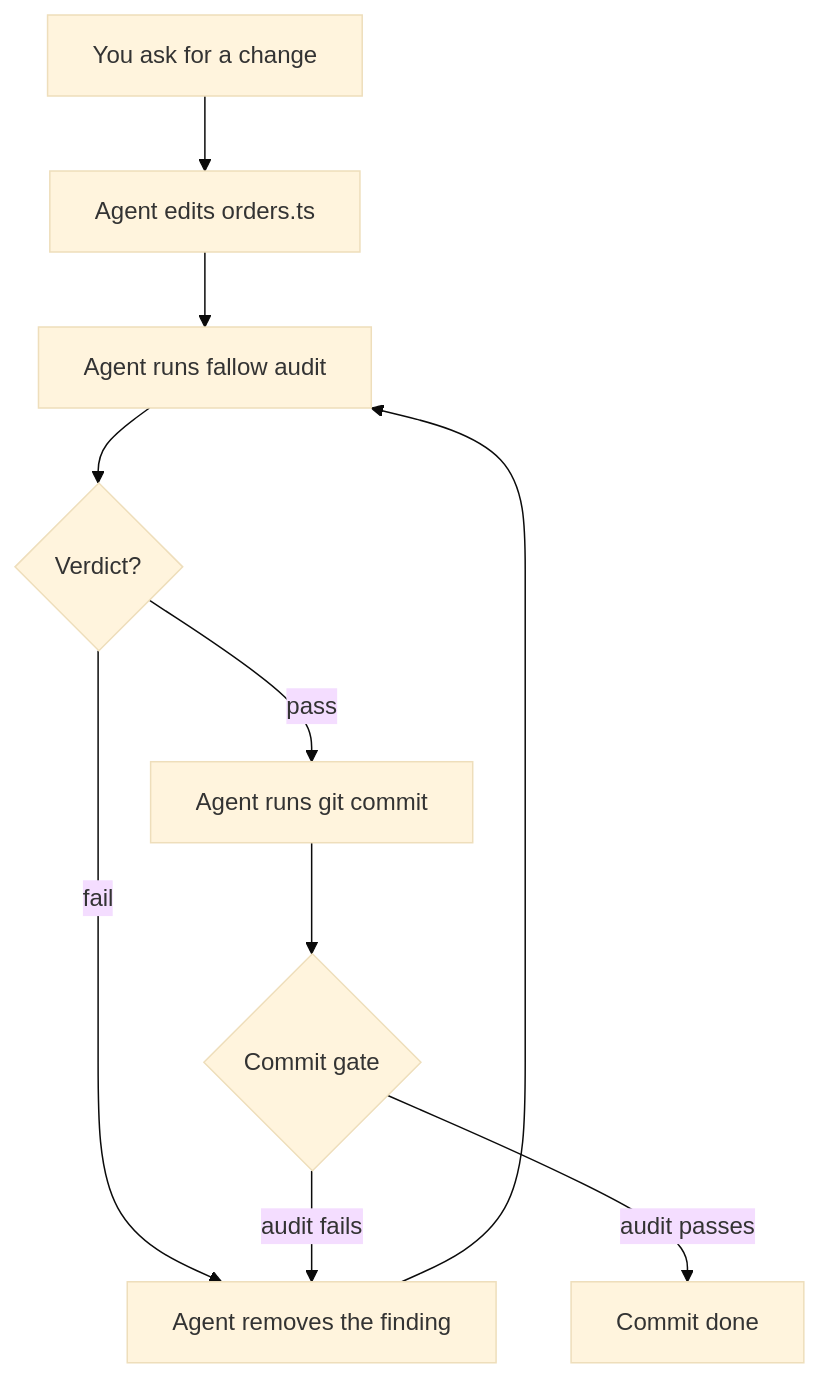
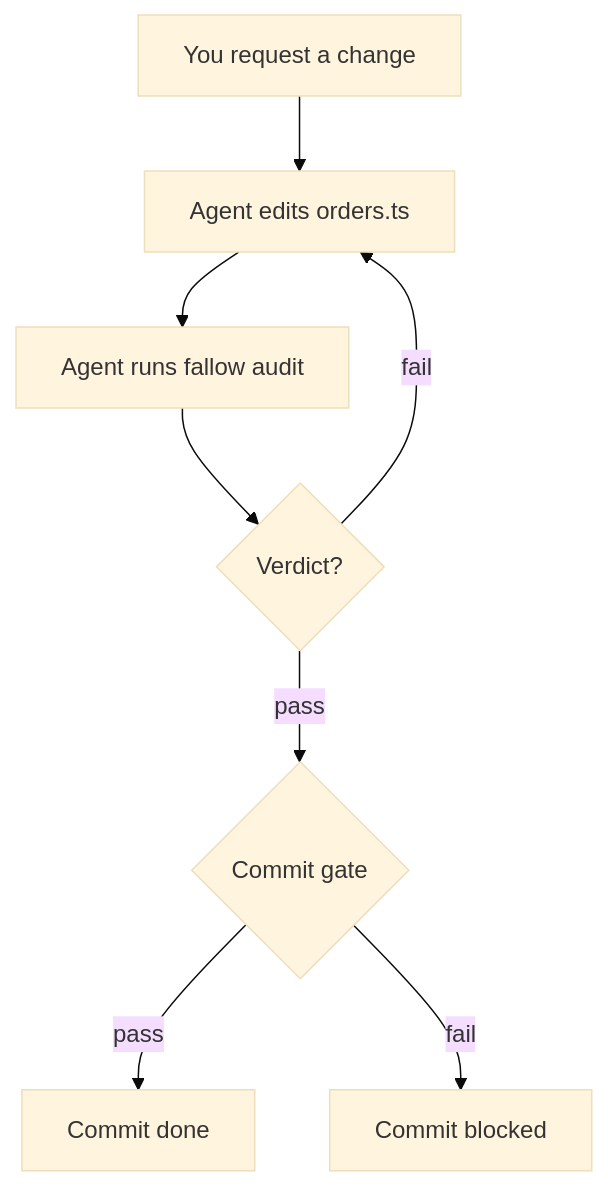
Before and after one commit to fallow-rs/docs: the diagram in start/first-agent.mdx, drawn with Mermaid (base theme). The commit also changed other lines of this file and 12 other files, not shown here.

First line of the commit message:
docs: draw the diagrams so that the site renders each label

````diff
--- a/start/first-agent.mdx
+++ b/start/first-agent.mdx
@@ -84,12 +84,17 @@
 ```mermaid
 flowchart TD
-  ask["You ask for a change"] --> edit["Agent edits orders.ts"]
-  edit --> audit["Agent runs fallow audit"]
-  audit --> verdict{"Verdict?"}
-  verdict -- "fail" --> fix["Agent removes the finding"]
-  fix --> audit
-  verdict -- "pass" --> commit["Agent runs git commit"]
-  commit --> gate{"Commit gate"}
-  gate -- "audit fails" --> fix
-  gate -- "audit passes" --> done["Commit done"]
+  ask["You request a change"]
+  edit["Agent edits orders.ts"]
+  audit["Agent runs fallow audit"]
+  verdict{"Verdict?"}
+  gate{"Commit gate"}
+  done["Commit done"]
+  blocked["Commit blocked"]
+  ask --> edit
+  edit --> audit
+  audit --> verdict
+  verdict -->|fail| edit
+  verdict -->|pass| gate
+  gate -->|pass| done
+  gate -->|fail| blocked
 ```
````
